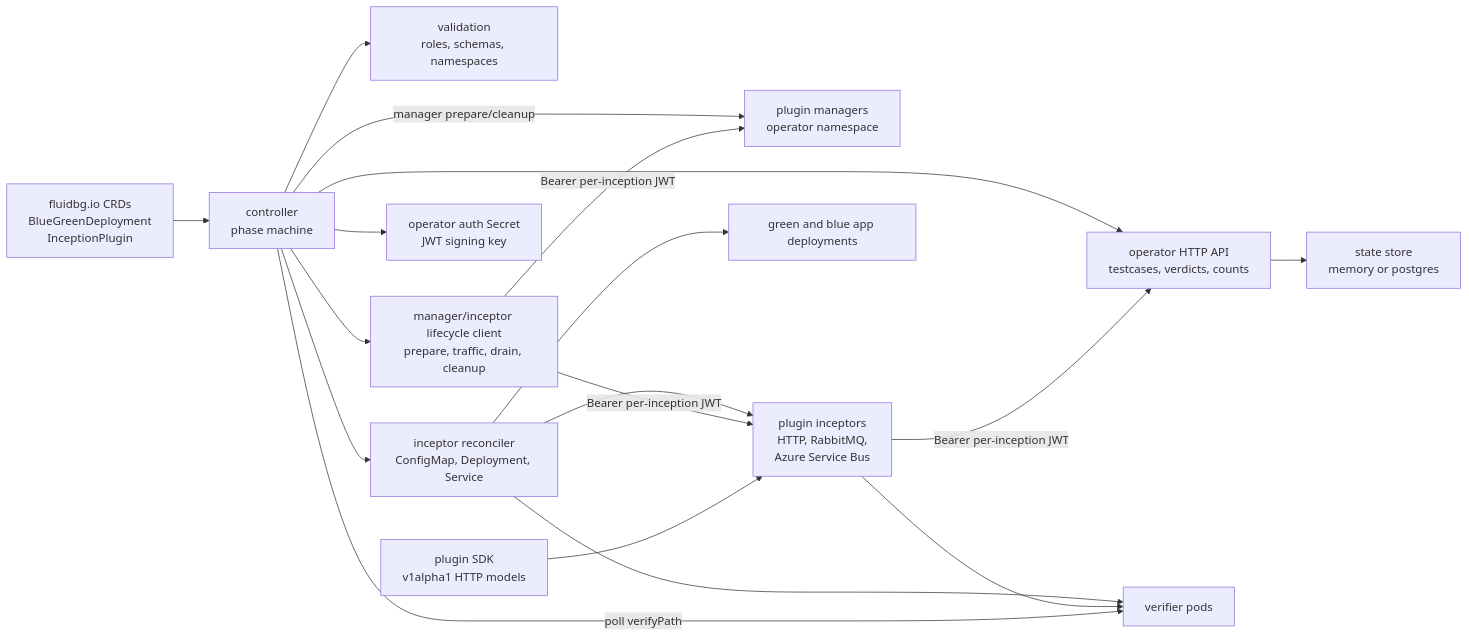
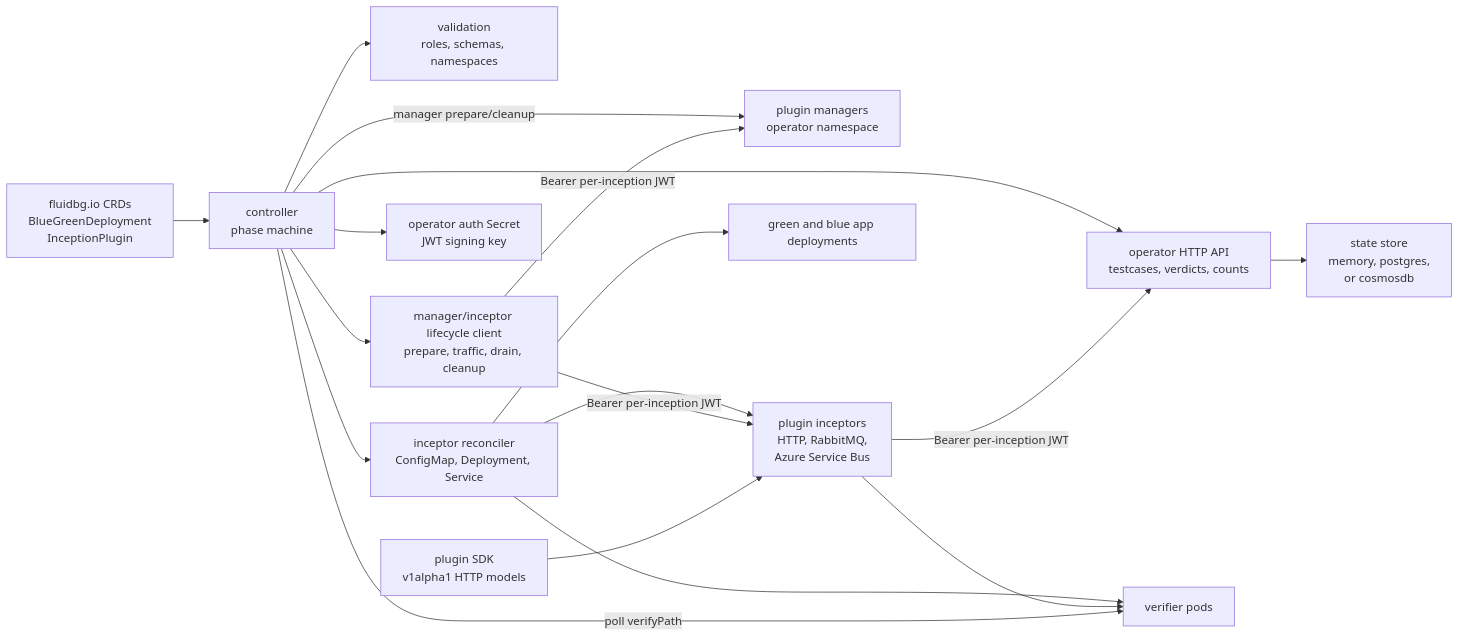
The first of 3 diagrams in docs/reference/architecture.md (dlahmad/fluidbgoperator), drawn with Mermaid before and after one commit. The commit also changed other lines of this file and 25 other files, not shown here.

````diff
--- a/docs/reference/architecture.md
+++ b/docs/reference/architecture.md
@@ -24,34 +24,34 @@
 ```mermaid
 flowchart LR
     CRD["fluidbg.io CRDs<br/>BlueGreenDeployment<br/>InceptionPlugin"]
     CTRL["controller<br/>phase machine"]
     VAL["validation<br/>roles, schemas, namespaces"]
     PLUGREC["inceptor reconciler<br/>ConfigMap, Deployment, Service"]
     LIFE["manager/inceptor lifecycle client<br/>prepare, traffic, drain, cleanup"]
     AUTH["operator auth Secret<br/>JWT signing key"]
     API["operator HTTP API<br/>testcases, verdicts, counts"]
-    STORE["state store<br/>memory or postgres"]
+    STORE["state store<br/>memory, postgres,<br/>or cosmosdb"]
     SDK["plugin SDK<br/>v1alpha1 HTTP models"]
     MGR["plugin managers<br/>operator namespace"]
     PLUG["plugin inceptors<br/>HTTP, RabbitMQ,<br/>Azure Service Bus"]
     TEST["verifier pods"]
     APP["green and blue app deployments"]
 
     CRD --> CTRL
     CTRL --> VAL
     CTRL --> PLUGREC
     CTRL --> LIFE
     CTRL --> AUTH
     CTRL --> API
     API --> STORE
     CTRL -->|"manager prepare/cleanup"| MGR
     PLUGREC --> PLUG
     PLUGREC --> APP
     PLUGREC --> TEST
     LIFE -->|"Bearer per-inception JWT"| MGR
     LIFE -->|"Bearer per-inception JWT"| PLUG
     SDK --> PLUG
     PLUG -->|"Bearer per-inception JWT"| API
     PLUG --> TEST
     CTRL -->|"poll verifyPath"| TEST
 ```
````
